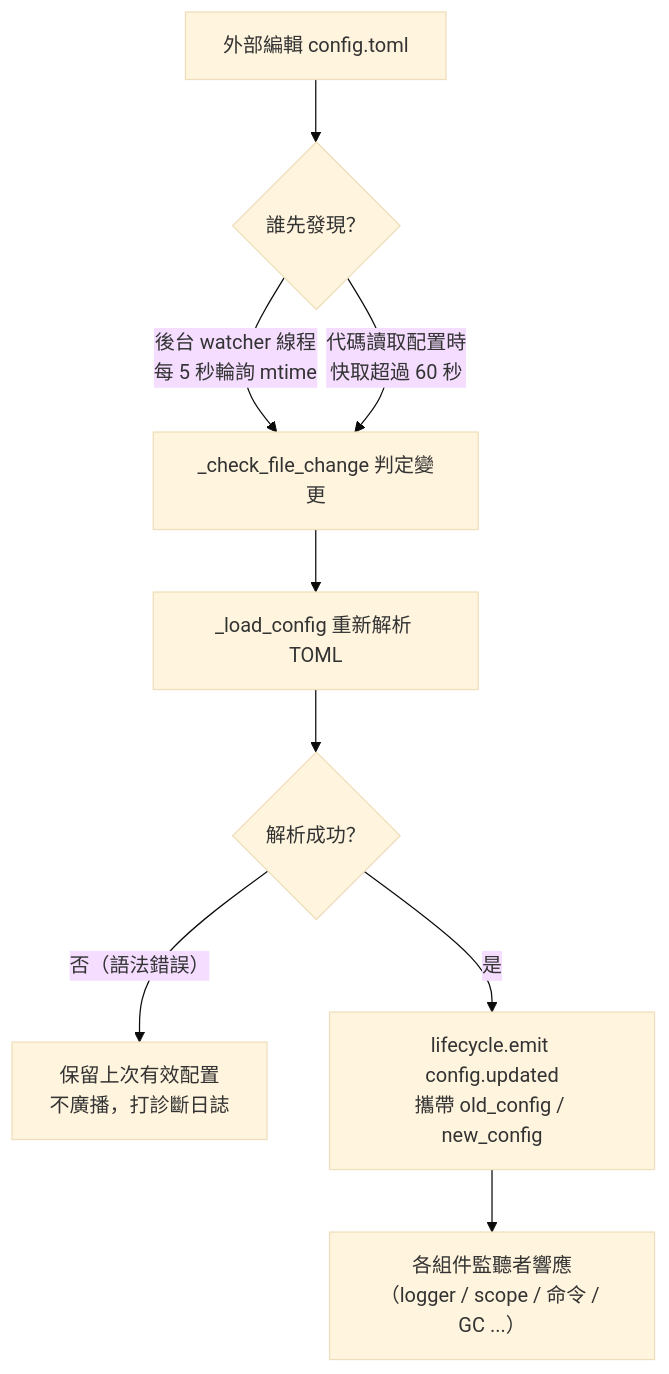
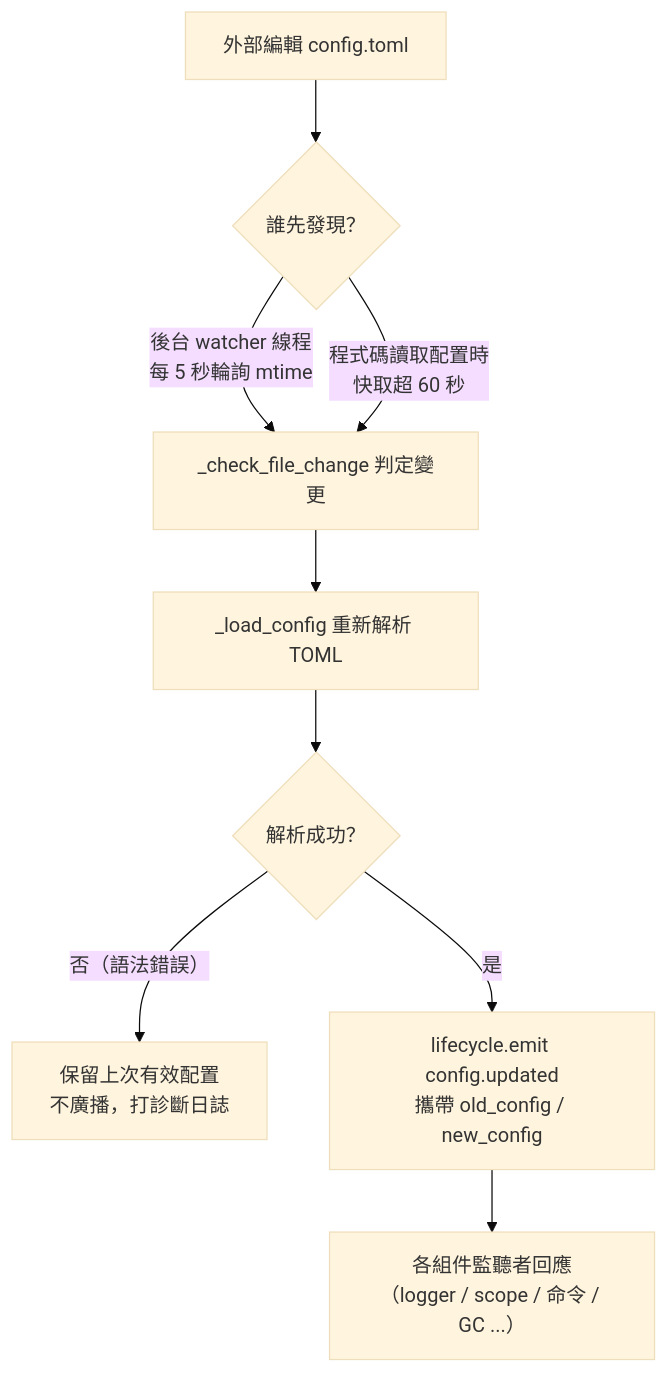
Before and after one commit to ErisPulse/ErisPulse: the diagram in docs/zh-TW/user-guide/configuration.md, drawn with Mermaid (base theme). The commit also changed other lines of this file and 828 other files, not shown here.

````diff
--- a/docs/zh-TW/user-guide/configuration.md
+++ b/docs/zh-TW/user-guide/configuration.md
@@ -156,11 +156,11 @@
 ```mermaid
 flowchart TD
     A["外部編輯 config.toml"] --> B{"誰先發現？"}
     B -->|"後台 watcher 線程<br/>每 5 秒輪詢 mtime"| C["_check_file_change 判定變更"]
-    B -->|"代碼讀取配置時<br/>快取超過 60 秒"| C
+    B -->|"程式碼讀取配置時<br/>快取超 60 秒"| C
     C --> D["_load_config 重新解析 TOML"]
     D --> E{"解析成功？"}
     E -->|"否（語法錯誤）"| F["保留上次有效配置<br/>不廣播，打診斷日誌"]
     E -->|"是"| G["lifecycle.emit config.updated<br/>攜帶 old_config / new_config"]
-    G --> H["各組件監聽者響應<br/>（logger / scope / 命令 / GC ...）"]
+    G --> H["各組件監聽者回應<br/>（logger / scope / 命令 / GC ...）"]
 ```
````
